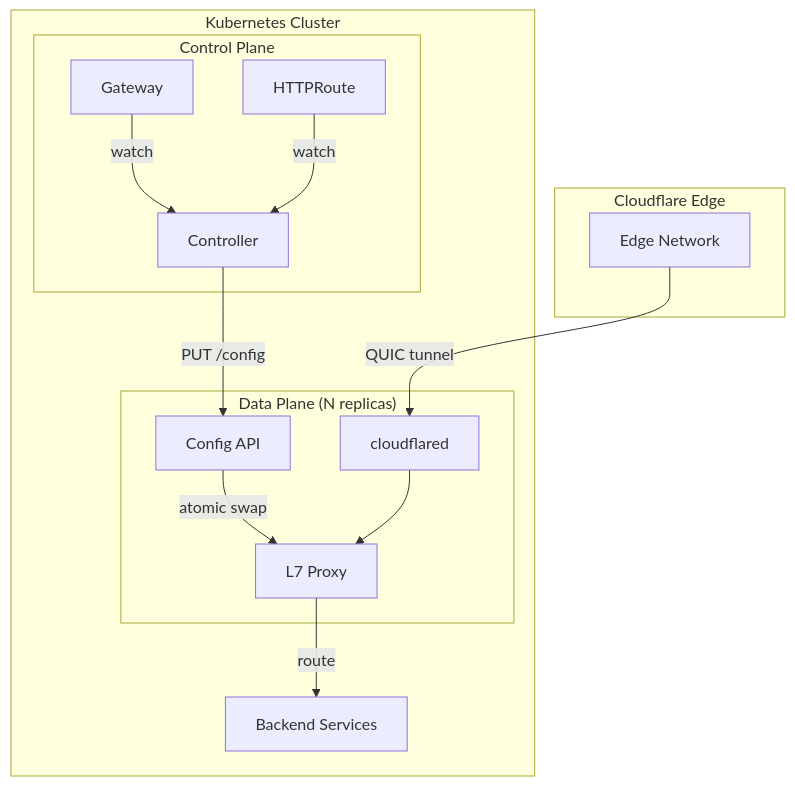
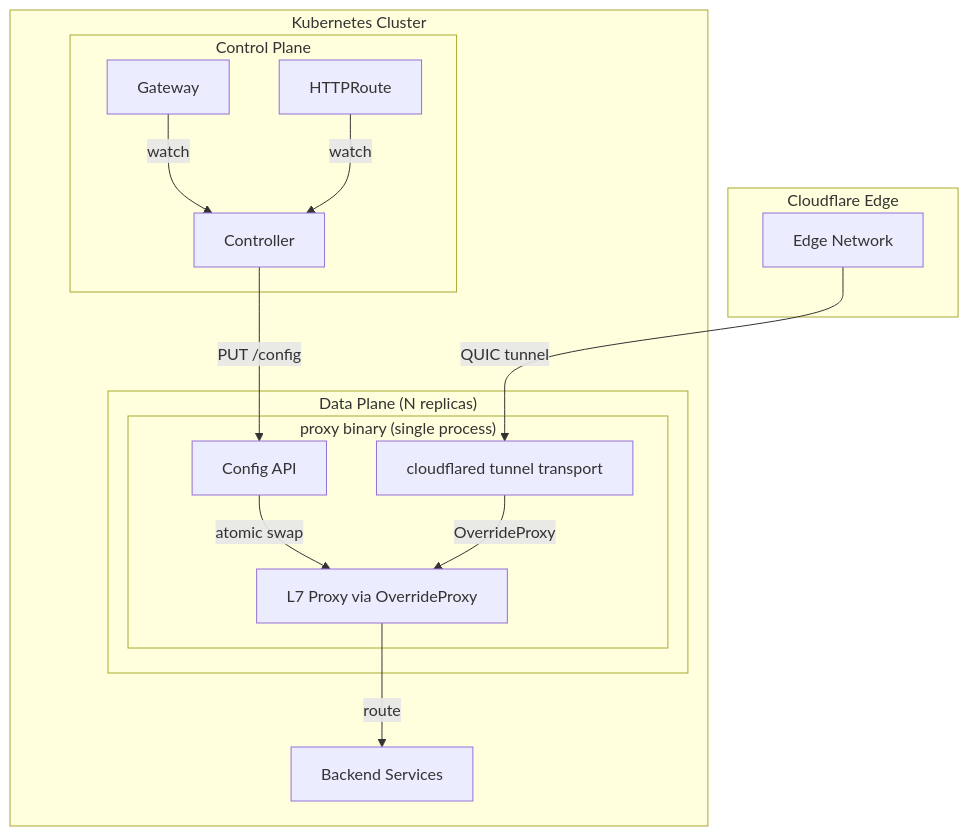
Before and after one commit to lexfrei/cloudflare-tunnel-gateway-controller: the seventh of 7 diagrams in docs/development/architecture.md, drawn with Mermaid. The commit also changed other lines of this file and 48 other files, not shown here.

First line of the commit message:
docs: fix architecture description and remove v1/v2 markers (#140)

````diff
--- a/docs/development/architecture.md
+++ b/docs/development/architecture.md
@@ -272,30 +275,32 @@
 ```mermaid
 flowchart TB
     subgraph Kubernetes["Kubernetes Cluster"]
         subgraph ControlPlane["Control Plane"]
             CTRL[Controller]
             GW[Gateway]
             HR[HTTPRoute]
         end
 
         subgraph DataPlane["Data Plane (N replicas)"]
-            CFD[cloudflared]
-            L7[L7 Proxy]
-            CAPI[Config API]
+            subgraph ProxyProcess["proxy binary (single process)"]
+                CFD[cloudflared tunnel transport]
+                L7[L7 Proxy via OverrideProxy]
+                CAPI[Config API]
+            end
         end
 
         SVC[Backend Services]
     end
 
     subgraph Cloudflare["Cloudflare Edge"]
         EDGE[Edge Network]
     end
 
     GW -->|watch| CTRL
     HR -->|watch| CTRL
     CTRL -->|PUT /config| CAPI
     CAPI -->|atomic swap| L7
     EDGE -->|QUIC tunnel| CFD
-    CFD --> L7
+    CFD -->|OverrideProxy| L7
     L7 -->|route| SVC
 ```
````
